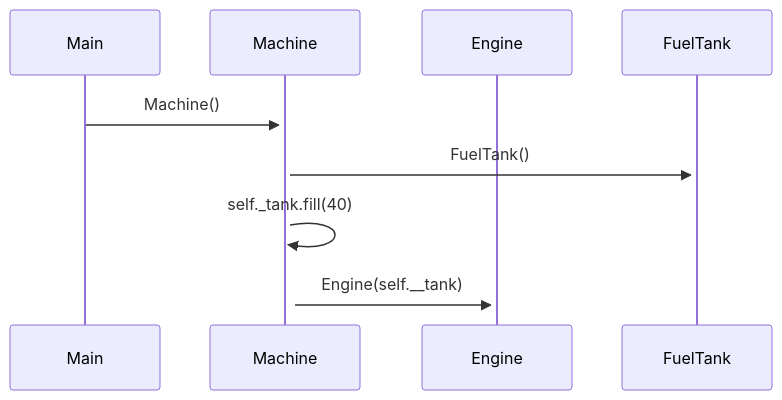
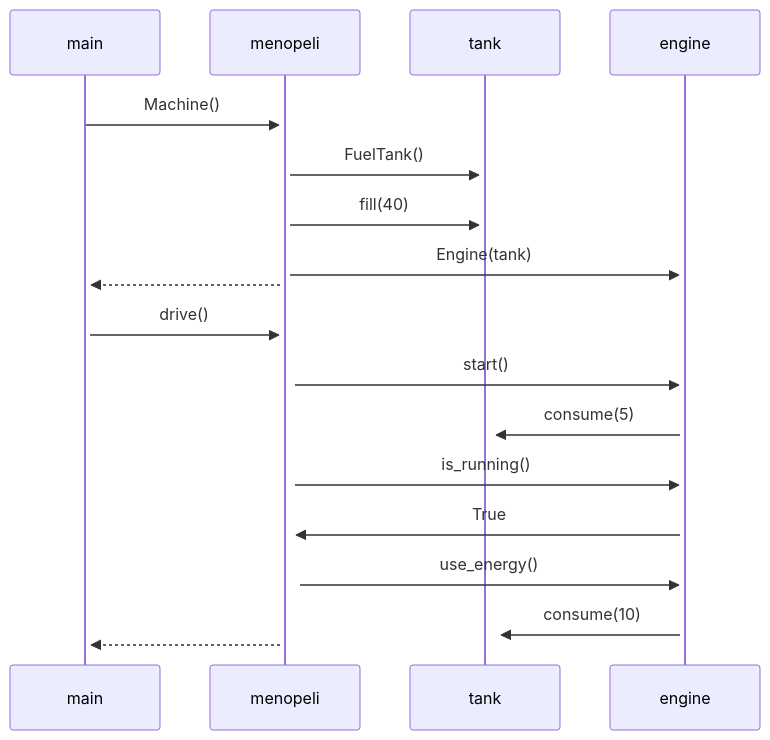
The diagram in laskarit/viikko3/sekvenssikaavio.md (macabre-cs/ot-harjoitustyo), drawn with Mermaid before and after one commit.

````diff
--- a/laskarit/viikko3/sekvenssikaavio.md
+++ b/laskarit/viikko3/sekvenssikaavio.md
@@ -1,16 +1,16 @@
 ```mermaid
 sequenceDiagram
-    participant Main
-    participant Machine
-    participant Engine
-    participant FuelTank
-    
-    Main->>+Machine: Machine()
-    Machine->>+FuelTank: FuelTank()
-    Machine->>+Machine: self._tank.fill(40)
-    #Fueltank->>+Machine: fill(40)
-    Machine->>+Engine: Engine(self.__tank)
-
-
-
+    main->>+menopeli: Machine()
+    menopeli->>+tank: FuelTank()
+    menopeli->>+tank: fill(40)
+    menopeli->>+engine: Engine(tank)
+    menopeli-->>+main:   
+    main->>+menopeli: drive()
+    menopeli->>+engine: start()
+    engine->>+tank: consume(5)
+    menopeli->>+engine: is_running()
+    engine->>+menopeli: True
+    menopeli->>+engine: use_energy()
+    engine->>+tank: consume(10)
+    menopeli-->>+main:     
 ```
````
